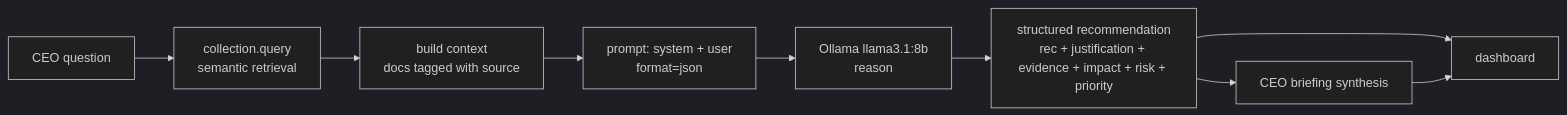
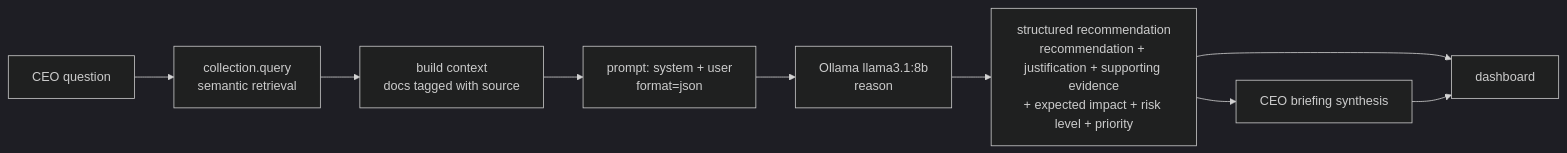
Before and after one commit to Nihalpujari/ML_Practice: the second of 2 diagrams in NLP/NLP Exam/AI CEO Strategic Intelligence Agent/README.md, drawn with Mermaid (dark theme). The commit also changed other lines of this file and 2 other files, not shown here.

````diff
--- a/NLP/NLP Exam/AI CEO Strategic Intelligence Agent/README.md
+++ b/NLP/NLP Exam/AI CEO Strategic Intelligence Agent/README.md
@@ -126,11 +126,11 @@
 ```mermaid
 flowchart LR
     Q[CEO question] --> SEM[collection.query<br/>semantic retrieval]
     SEM --> CTX[build context<br/>docs tagged with source]
     CTX --> PROMPT[prompt: system + user<br/>format=json]
     PROMPT --> LLM[Ollama llama3.1:8b<br/>reason]
-    LLM --> OUT[structured recommendation<br/>rec + justification + evidence + impact + risk + priority]
+    LLM --> OUT[structured recommendation<br/>recommendation + justification + supporting evidence<br/>+ expected impact + risk level + priority]
     OUT --> BRIEF[CEO briefing synthesis]
     OUT --> UI[dashboard]
     BRIEF --> UI
 ```
````
